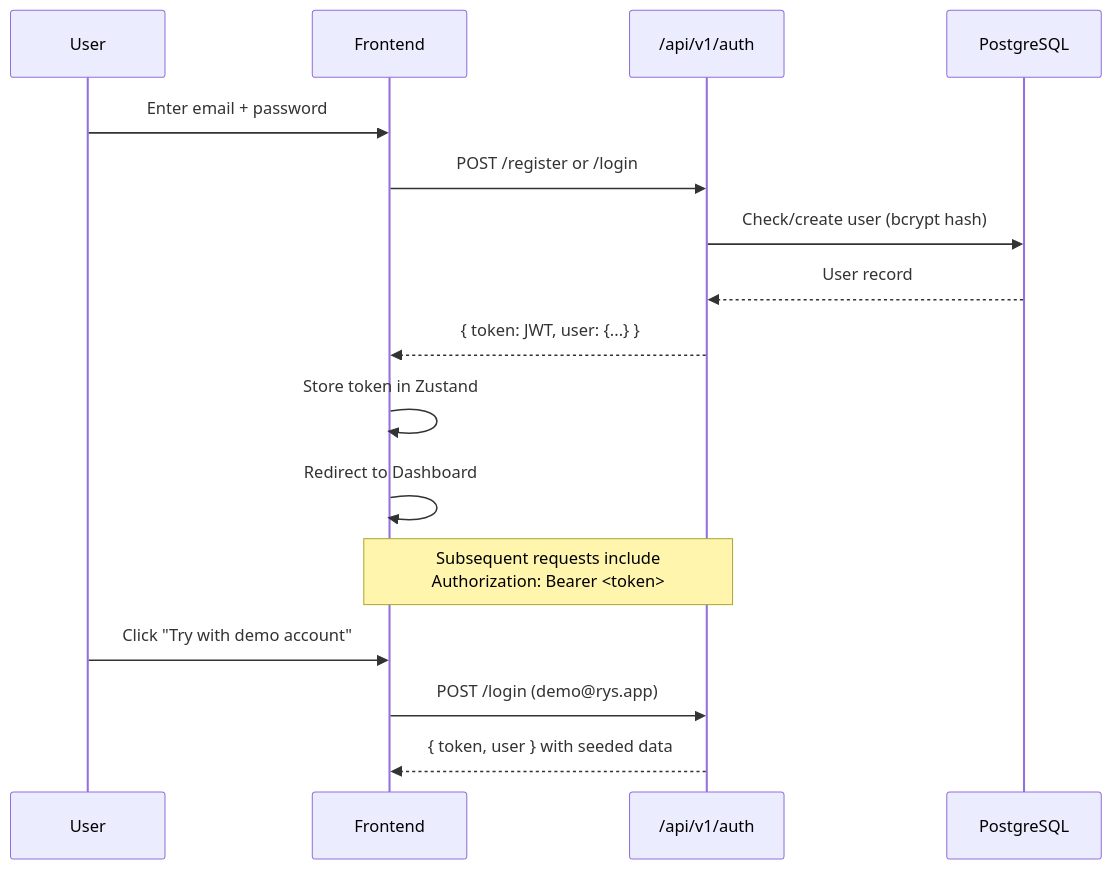
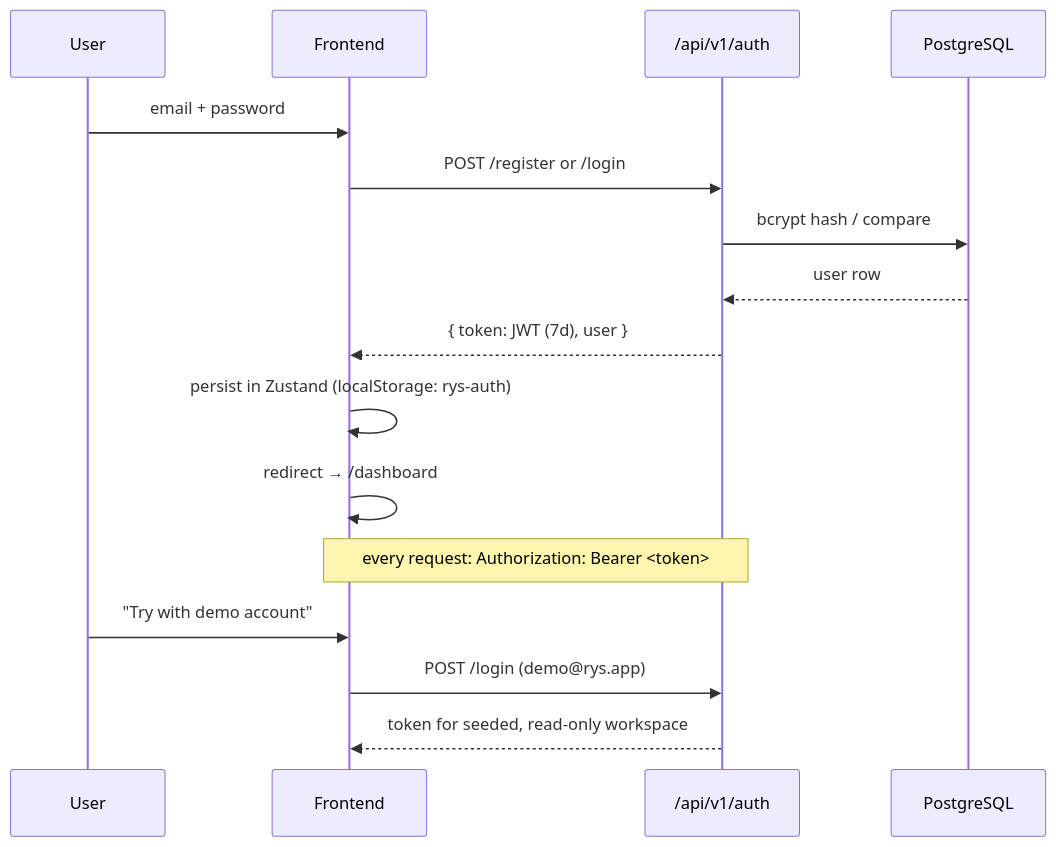
One commit to me-adityaraj8/career-os changed the fourth of 8 diagrams in README.md. Above: the diagram before and after it, drawn with Mermaid. The commit also changed other lines of this file, not shown here.

````diff
--- a/README.md
+++ b/README.md
@@ -138,21 +334,21 @@
 ```mermaid
 sequenceDiagram
     participant U as User
     participant F as Frontend
     participant A as /api/v1/auth
     participant DB as PostgreSQL
 
-    U->>F: Enter email + password
+    U->>F: email + password
     F->>A: POST /register or /login
-    A->>DB: Check/create user (bcrypt hash)
-    DB-->>A: User record
-    A-->>F: { token: JWT, user: {...} }
-    F->>F: Store token in Zustand
-    F->>F: Redirect to Dashboard
+    A->>DB: bcrypt hash / compare
+    DB-->>A: user row
+    A-->>F: { token: JWT (7d), user }
+    F->>F: persist in Zustand (localStorage: rys-auth)
+    F->>F: redirect → /dashboard
 
-    Note over F,A: Subsequent requests include<br/>Authorization: Bearer <token>
+    Note over F,A: every request: Authorization: Bearer <token>
 
-    U->>F: Click "Try with demo account"
+    U->>F: "Try with demo account"
     F->>A: POST /login (demo@rys.app)
-    A-->>F: { token, user } with seeded data
+    A-->>F: token for seeded, read-only workspace
 ```
````
